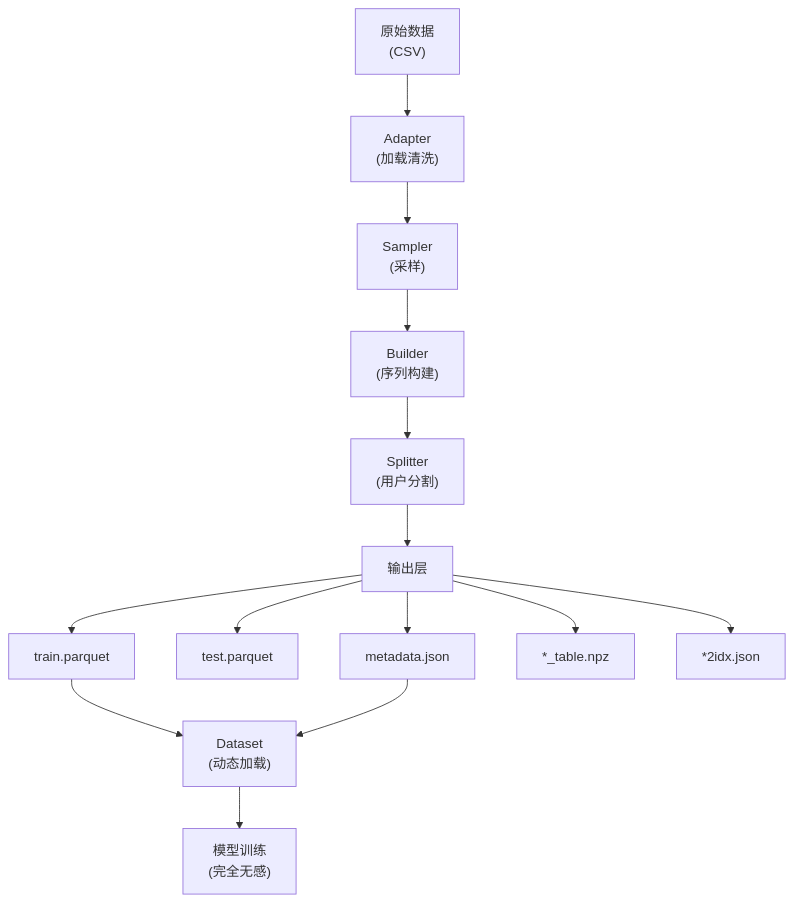
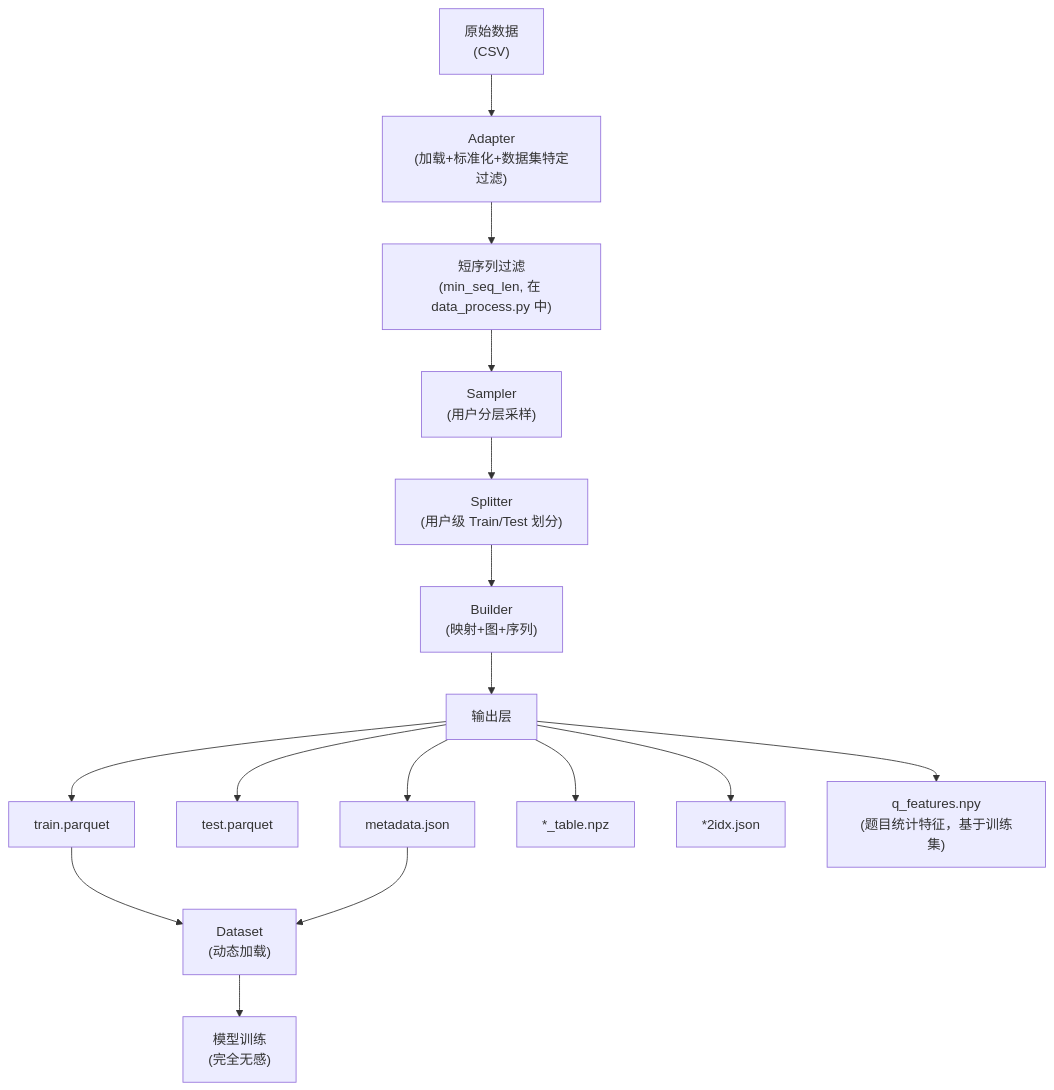
Before and after one commit to fcat7/er_gikt: the diagram in docs/数据流变更日志.md, drawn with Mermaid. The commit also changed other lines of this file and 16 other files, not shown here.

````diff
--- a/docs/数据流变更日志.md
+++ b/docs/数据流变更日志.md
@@ -14,19 +14,21 @@
 ```mermaid
 flowchart TD
-    A["原始数据\n(CSV)"] --> B["Adapter\n(加载清洗)"]
-    B --> C["Sampler\n(采样)"]
-    C --> D["Builder\n(序列构建)"]
-    D --> E["Splitter\n(用户分割)"]
-    E --> F["输出层"]
+    A["原始数据\n(CSV)"] --> B["Adapter\n(加载+标准化+数据集特定过滤)"]
+    B --> C["短序列过滤\n(min_seq_len, 在 data_process.py 中)"]
+    C --> D["Sampler\n(用户分层采样)"]
+    D --> E["Splitter\n(用户级 Train/Test 划分)"]
+    E --> F["Builder\n(映射+图+序列)"]
+    F --> O["输出层"]
   
-    F --> F1["train.parquet"]
-    F --> F2["test.parquet"]
-    F --> F3["metadata.json"]
-    F --> F4["*_table.npz"]
-    F --> F5["*2idx.json"]
+    O --> O1["train.parquet"]
+    O --> O2["test.parquet"]
+    O --> O3["metadata.json"]
+    O --> O4["*_table.npz"]
+    O --> O5["*2idx.json"]
+    O --> O6["q_features.npy\n(题目统计特征，基于训练集)"]
   
-    F1 --> G["Dataset\n(动态加载)"]
-    F3 --> G
+    O1 --> G["Dataset\n(动态加载)"]
+    O3 --> G
     G --> H["模型训练\n(完全无感)"]
 
 ```
````
